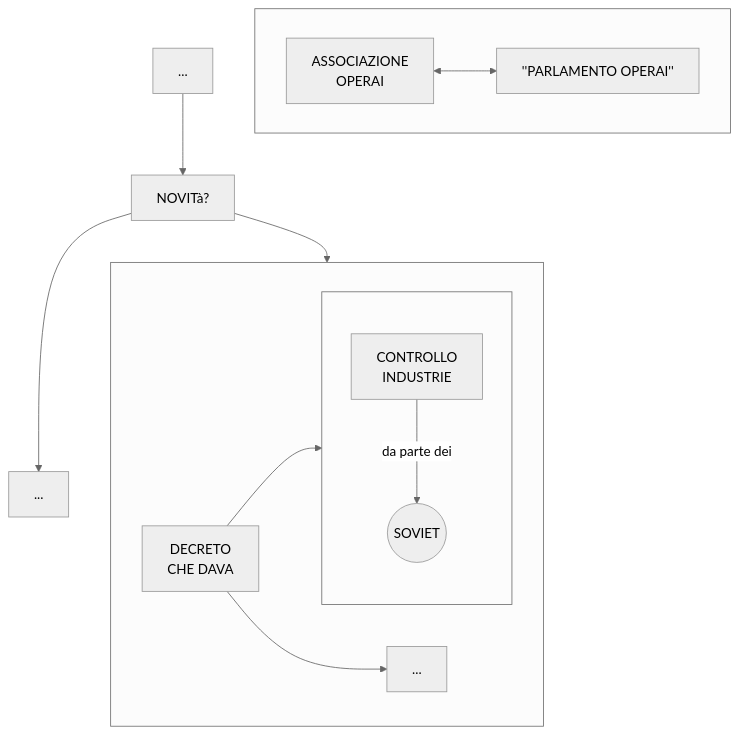
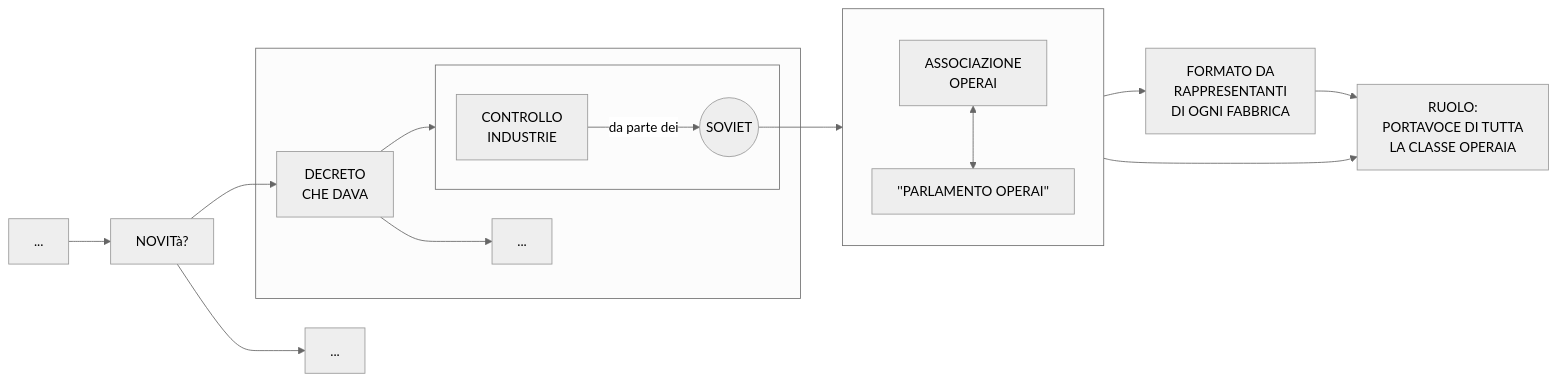
One commit to Laaouatni/ricerca-storia-MermaidJS changed the third of 3 diagrams in stalinismo.md. Above: the diagram before and after it, drawn with Mermaid (neutral theme).

````diff
--- a/stalinismo.md
+++ b/stalinismo.md
@@ -77,22 +77,27 @@
 ```mermaid
-flowchart TB
+flowchart LR
     0[...] 
     01[NOVITà?]
     subgraph 013[" "]
         010[DECRETO <br> CHE DAVA]
         011[...]
         subgraph 012[" "]
             0120[CONTROLLO<br>INDUSTRIE]
             01200((SOVIET))
             0120 -->|da parte dei| 01200
         end
         010 --> 011 & 012
     end
     014[...]
     subgraph 02[" "]
         020[ASSOCIAZIONE <br> OPERAI]
         021["''PARLAMENTO OPERAI''"]
         020 <-->021
     end
-    0 --> 01 --> 013 & 014
+    03[FORMATO DA <br> RAPPRESENTANTI <BR> DI OGNI FABBRICA]
+    04[RUOLO: <BR> PORTAVOCE DI TUTTA <BR> LA CLASSE OPERAIA]
+    02 --> 03 & 04
+    03 --> 04
+    01200 --> 02
+    0 --> 01 --> 010 & 014
 ```
````
